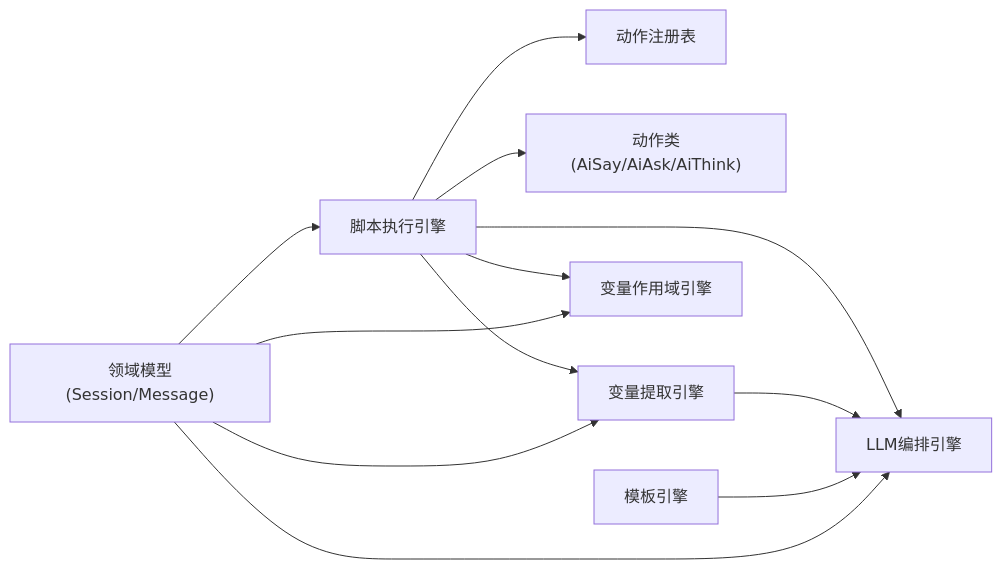
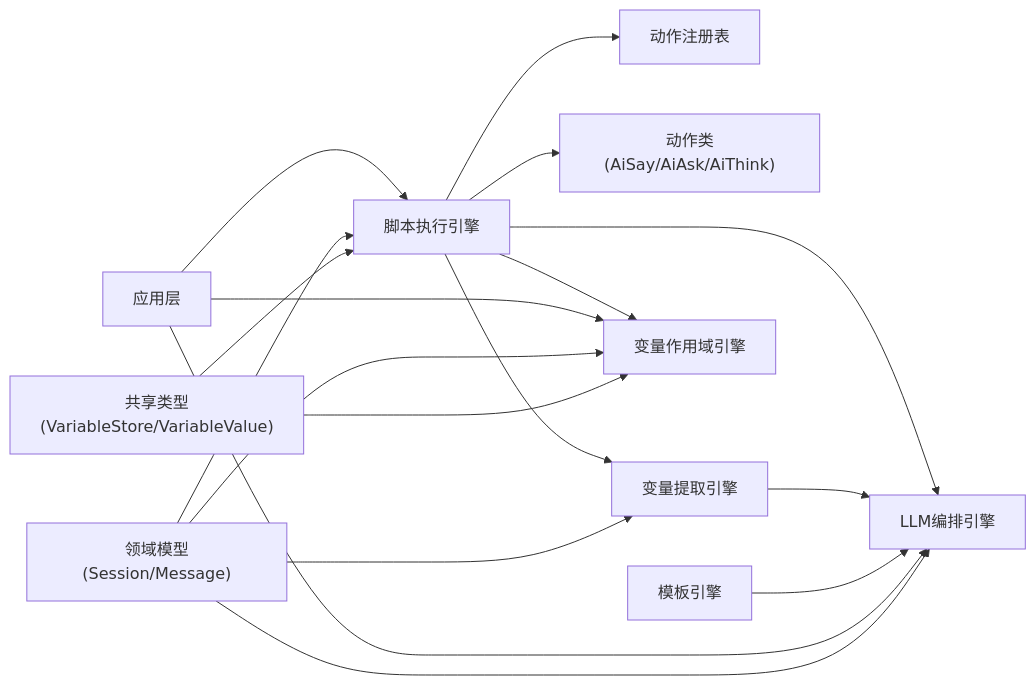
The eighth of 8 diagrams in .qoder/repowiki/zh/content/核心引擎系统/核心引擎系统.md (EverettCamus/HeartRule-Qoder), drawn with Mermaid before and after one commit. The commit also changed other lines of this file and 8 other files, not shown here.

````diff
--- a/.qoder/repowiki/zh/content/核心引擎系统/核心引擎系统.md
+++ b/.qoder/repowiki/zh/content/核心引擎系统/核心引擎系统.md
@@ -478,14 +570,19 @@
 ```mermaid
 graph LR
 SE["脚本执行引擎"] --> AR["动作注册表"]
 SE --> AC["动作类(AiSay/AiAsk/AiThink)"]
 SE --> VE["变量提取引擎"]
 SE --> LO["LLM编排引擎"]
 SE --> VSR["变量作用域引擎"]
 VE --> LO
 TE["模板引擎"] --> LO
+AS["应用层"] --> SE
+AS --> LO
+AS --> VSR
 DM["领域模型(Session/Message)"] --> SE
 DM --> VE
 DM --> LO
 DM --> VSR
+ST["共享类型(VariableStore/VariableValue)"] --> VSR
+ST --> SE
 ```
````
